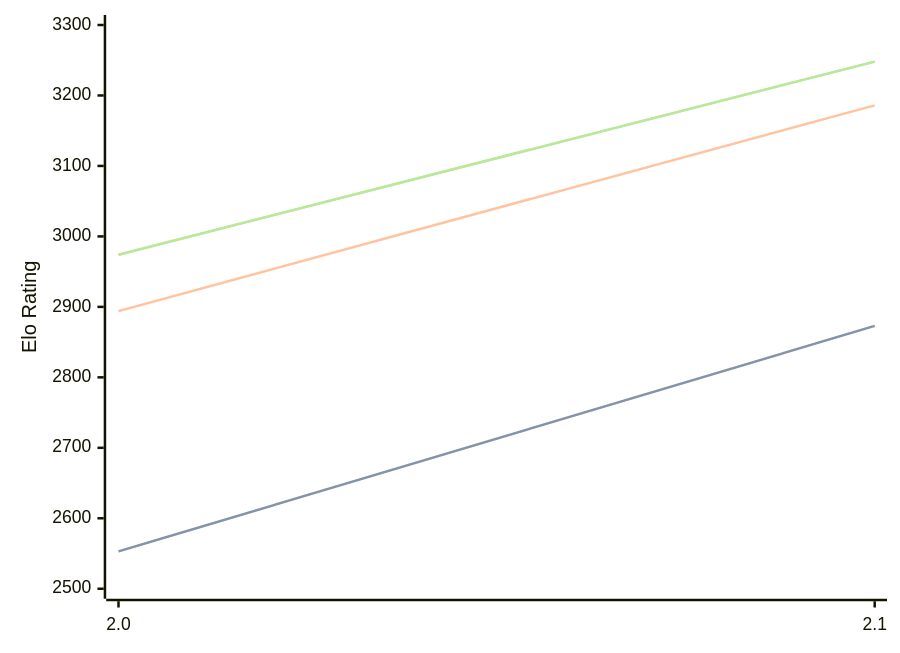
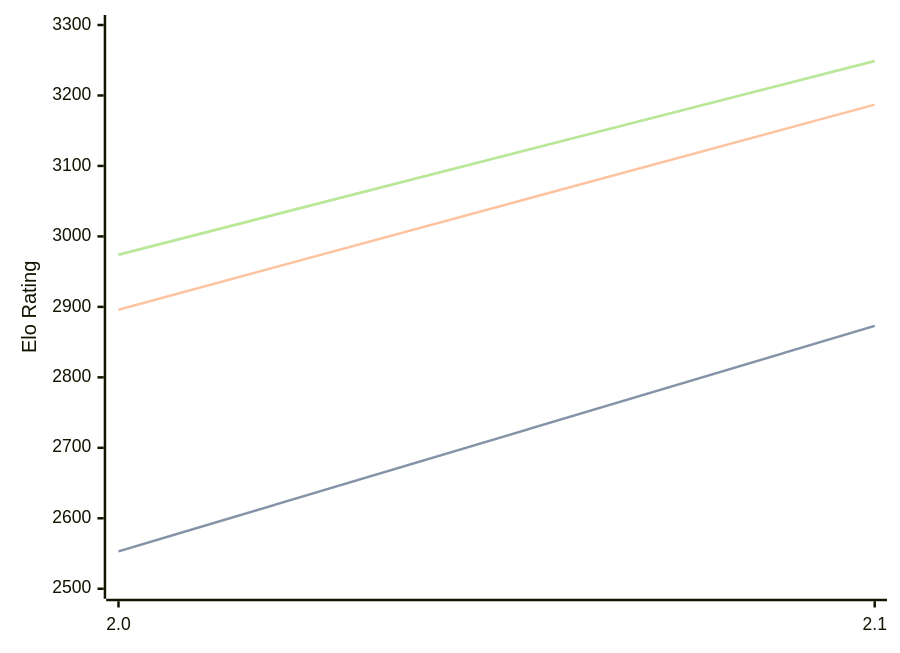
Before and after one commit to computer-chess-index/cci: the diagram in engines/Tunguska.md, drawn with Mermaid. The commit also changed other lines of this file, not shown here.

Commit message:
Update CCI Ratings (ELO VLTC) - 2026-05-04

````diff
--- a/engines/Tunguska.md
+++ b/engines/Tunguska.md
@@ -32,11 +32,11 @@
 ```mermaid
 %%{init: {"theme":"base","themeVariables":{"seriesColors:['#a3a3a3','#222221','#faa371']}}}%%
 xychart-beta
   x-axis ["2.0", "2.1"]
   y-axis "Elo Rating" 2500 --> 3300
   line "STC (8.0+0.08s)" [2553, 2873]
   line "STC (8.0+0.08s)" [2553, 2873]
-  line "LTC (60.0+0.60s)" [2894, 3186]
-  line "VLTC (2m24s+1.12s)" [2974, 3248]
-  line "VLTC (2m24s+1.12s)" [2974, 3248]
+  line "LTC (60.0+0.60s)" [2896, 3187]
+  line "VLTC (2m24s+1.12s)" [2974, 3249]
+  line "VLTC (2m24s+1.12s)" [2974, 3249]
 ```
````
